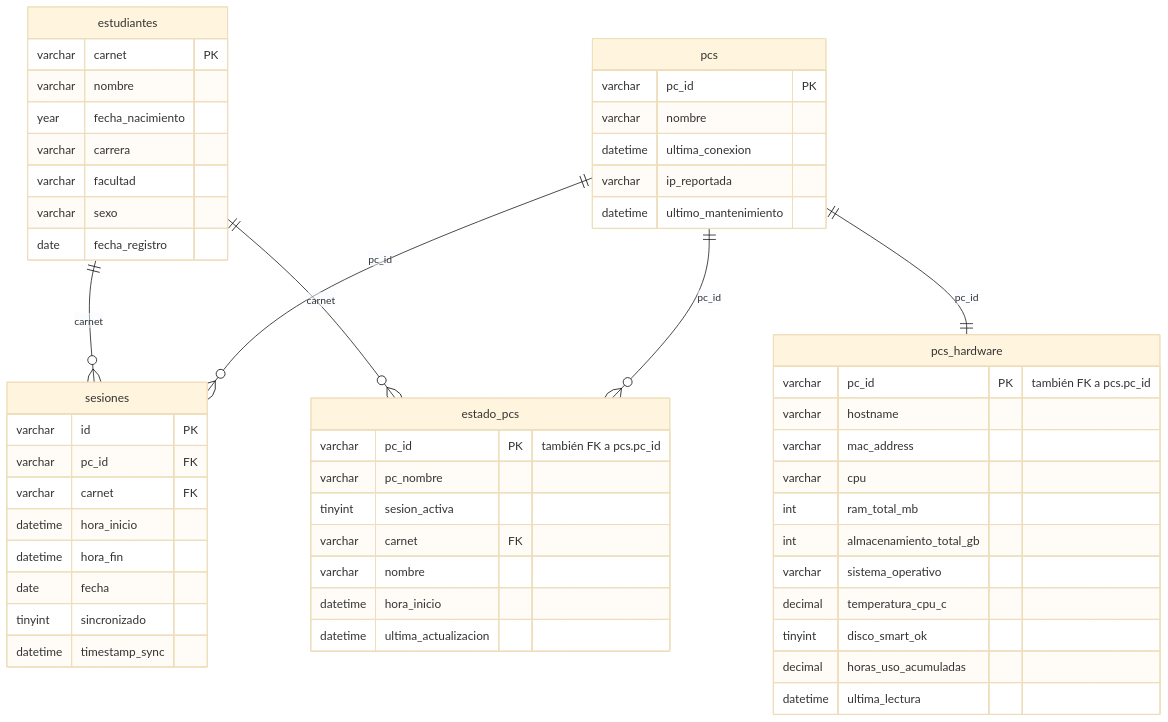
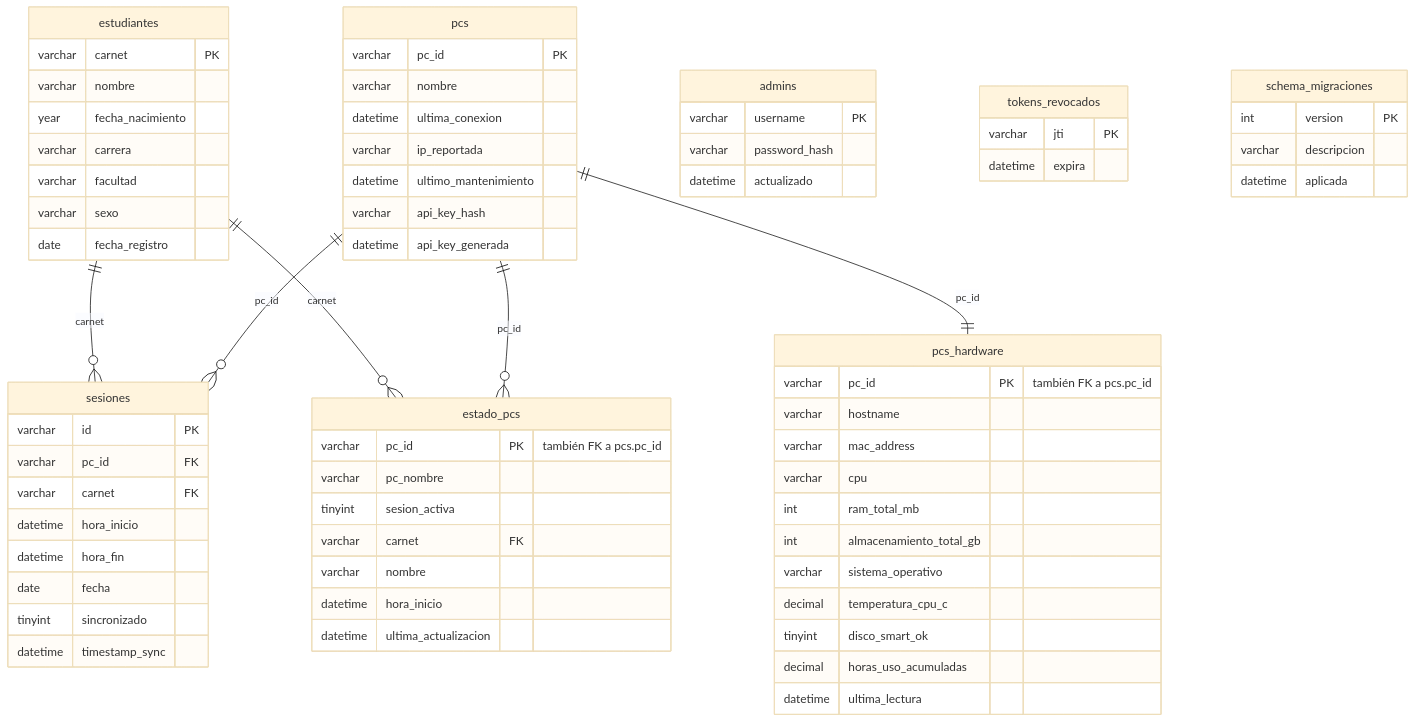
The diagram in servidor/db/ESQUEMA.md (UNIDAD-BIBLIOTECARIA/control-acceso-biblioteca-servidor), drawn with Mermaid (base theme) before and after one commit. The commit also changed other lines of this file and 22 other files, not shown here.

````diff
--- a/servidor/db/ESQUEMA.md
+++ b/servidor/db/ESQUEMA.md
@@ -12,61 +15,80 @@
 ```mermaid
 erDiagram
     estudiantes ||--o{ sesiones : "carnet"
     estudiantes ||--o{ estado_pcs : "carnet"
     pcs ||--o{ sesiones : "pc_id"
     pcs ||--o{ estado_pcs : "pc_id"
     pcs ||--|| pcs_hardware : "pc_id"
 
     estudiantes {
         varchar carnet PK
         varchar nombre
         year fecha_nacimiento
         varchar carrera
         varchar facultad
         varchar sexo
         date fecha_registro
     }
 
     pcs {
         varchar pc_id PK
         varchar nombre
         datetime ultima_conexion
         varchar ip_reportada
         datetime ultimo_mantenimiento
+        varchar api_key_hash
+        datetime api_key_generada
     }
 
     sesiones {
         varchar id PK
         varchar pc_id FK
         varchar carnet FK
         datetime hora_inicio
         datetime hora_fin
         date fecha
         tinyint sincronizado
         datetime timestamp_sync
     }
 
     estado_pcs {
         varchar pc_id PK "también FK a pcs.pc_id"
         varchar pc_nombre
         tinyint sesion_activa
         varchar carnet FK
         varchar nombre
         datetime hora_inicio
         datetime ultima_actualizacion
     }
 
     pcs_hardware {
         varchar pc_id PK "también FK a pcs.pc_id"
         varchar hostname
         varchar mac_address
         varchar cpu
         int ram_total_mb
         int almacenamiento_total_gb
         varchar sistema_operativo
         decimal temperatura_cpu_c
         tinyint disco_smart_ok
         decimal horas_uso_acumuladas
         datetime ultima_lectura
     }
+
+    admins {
+        varchar username PK
+        varchar password_hash
+        datetime actualizado
+    }
+
+    tokens_revocados {
+        varchar jti PK
+        datetime expira
+    }
+
+    schema_migraciones {
+        int version PK
+        varchar descripcion
+        datetime aplicada
+    }
 ```
````
